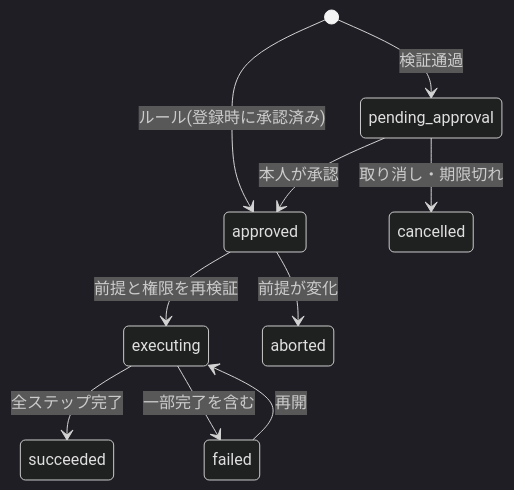
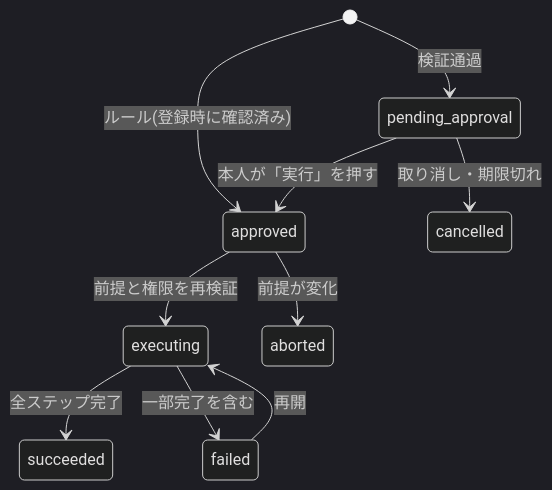
The third of 3 diagrams in README.md (gw31415/discord-secretary-bot), drawn with Mermaid (dark theme) before and after one commit. The commit also changed other lines of this file and 15 other files, not shown here.

````diff
--- a/README.md
+++ b/README.md
@@ -78,12 +78,12 @@
 ```mermaid
 stateDiagram-v2
   [*] --> pending_approval: 検証通過
-  [*] --> approved: ルール(登録時に承認済み)
-  pending_approval --> approved: 本人が承認
+  [*] --> approved: ルール(登録時に確認済み)
+  pending_approval --> approved: 本人が「実行」を押す
   pending_approval --> cancelled: 取り消し・期限切れ
   approved --> executing: 前提と権限を再検証
   approved --> aborted: 前提が変化
   executing --> succeeded: 全ステップ完了
   executing --> failed: 一部完了を含む
   failed --> executing: 再開
 ```
````
